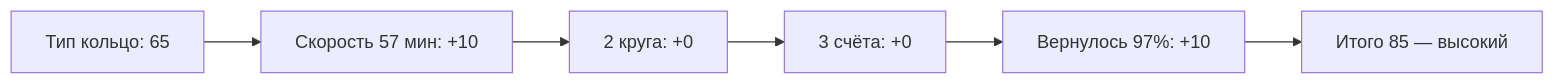
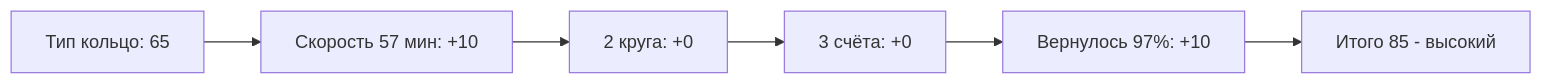
Before and after one commit to feytox/shugraph: the ninth of 9 diagrams in docs/schemes-simple.md, drawn with Mermaid. The commit also changed other lines of this file and 2 other files, not shown here.

````diff
--- a/docs/schemes-simple.md
+++ b/docs/schemes-simple.md
@@ -144,4 +144,4 @@
 ```mermaid
 flowchart LR
-    B["Тип кольцо: 65"] --> S["Скорость 57 мин: +10"] --> R["2 круга: +0"] --> C["3 счёта: +0"] --> K["Вернулось 97%: +10"] --> T["Итого 85 — высокий"]
+    B["Тип кольцо: 65"] --> S["Скорость 57 мин: +10"] --> R["2 круга: +0"] --> C["3 счёта: +0"] --> K["Вернулось 97%: +10"] --> T["Итого 85 - высокий"]
 ```
````
